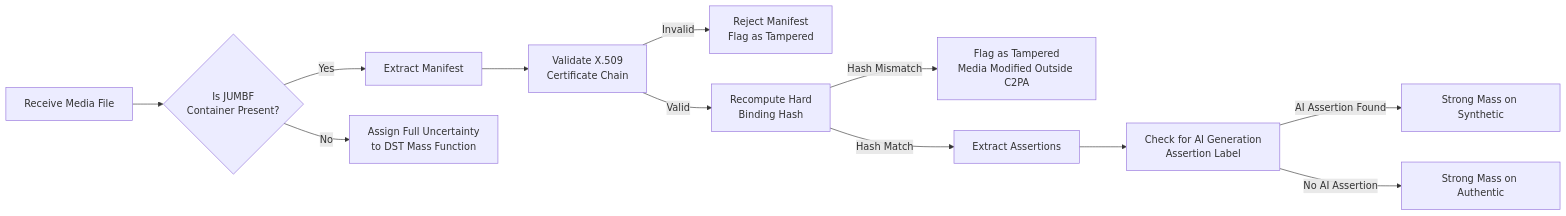
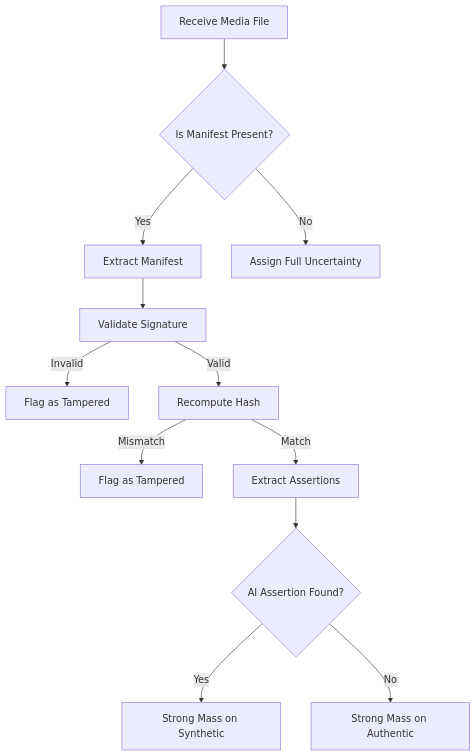
One commit to Ashking-tech/python-script changed the fourth of 9 diagrams in docs/docs.md. Above: the diagram before and after it, drawn with Mermaid. The commit also changed other lines of this file, not shown here.

````diff
--- a/docs/docs.md
+++ b/docs/docs.md
@@ -122,15 +301,14 @@
 ```mermaid
-flowchart LR
-    A[Receive Media File] --> B{Is JUMBF<br>Container Present?}
+flowchart TD
+    A[Receive Media File] --> B{Is Manifest Present?}
     B -->|Yes| C[Extract Manifest]
-    B -->|No| Z[Assign Full Uncertainty<br>to DST Mass Function]
-    
-    C --> D[Validate X.509<br>Certificate Chain]
-    D -->|Invalid| Y[Reject Manifest<br>Flag as Tampered]
-    D -->|Valid| E[Recompute Hard<br>Binding Hash]
-    E -->|Hash Mismatch| X[Flag as Tampered<br>Media Modified Outside C2PA]
-    E -->|Hash Match| F[Extract Assertions]
-    F --> G[Check for AI Generation<br>Assertion Label]
-    G -->|AI Assertion Found| H[Strong Mass on Synthetic]
-    G -->|No AI Assertion| I[Strong Mass on Authentic]
+    B -->|No| Z[Assign Full Uncertainty]
+    C --> D[Validate Signature]
+    D -->|Invalid| Y[Flag as Tampered]
+    D -->|Valid| E[Recompute Hash]
+    E -->|Mismatch| X[Flag as Tampered]
+    E -->|Match| F[Extract Assertions]
+    F --> G{AI Assertion Found?}
+    G -->|Yes| H[Strong Mass on Synthetic]
+    G -->|No| I[Strong Mass on Authentic]
 ```
````
